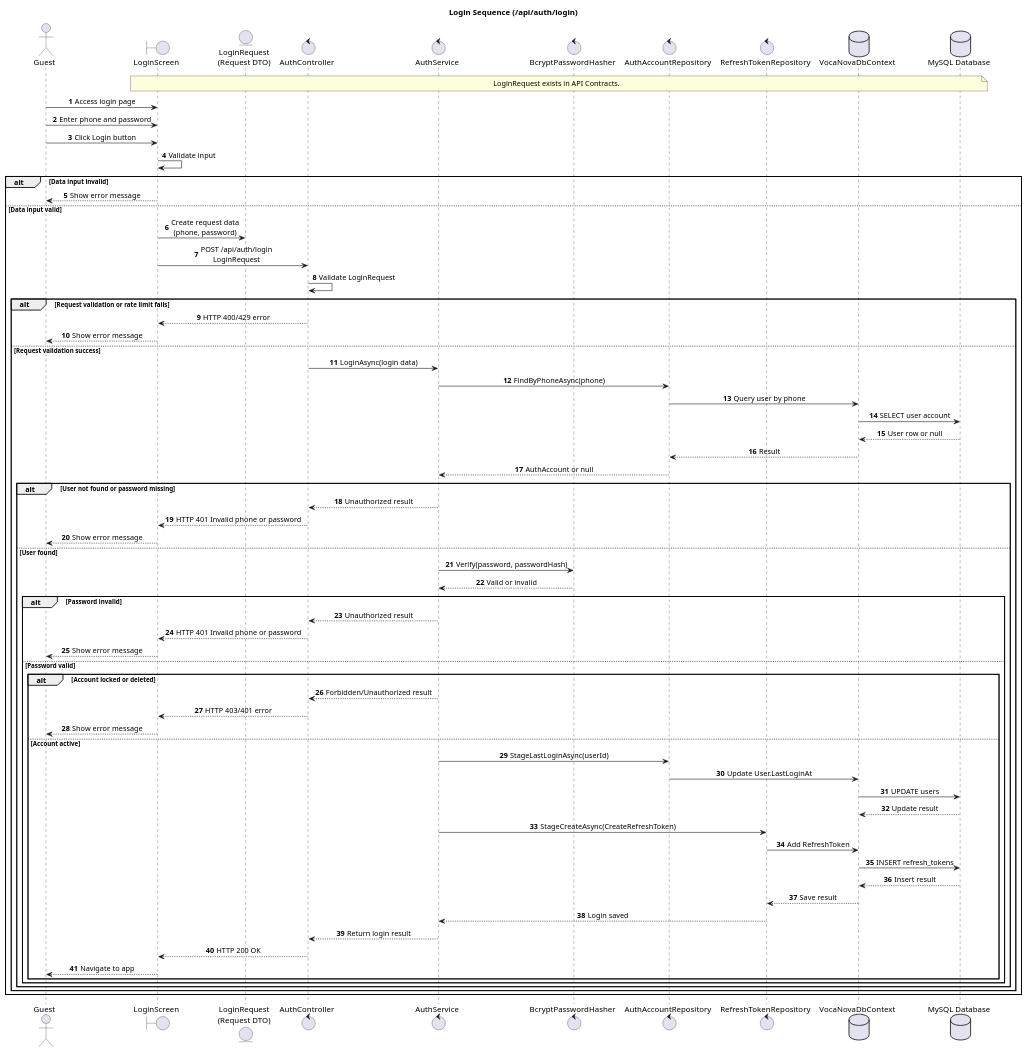
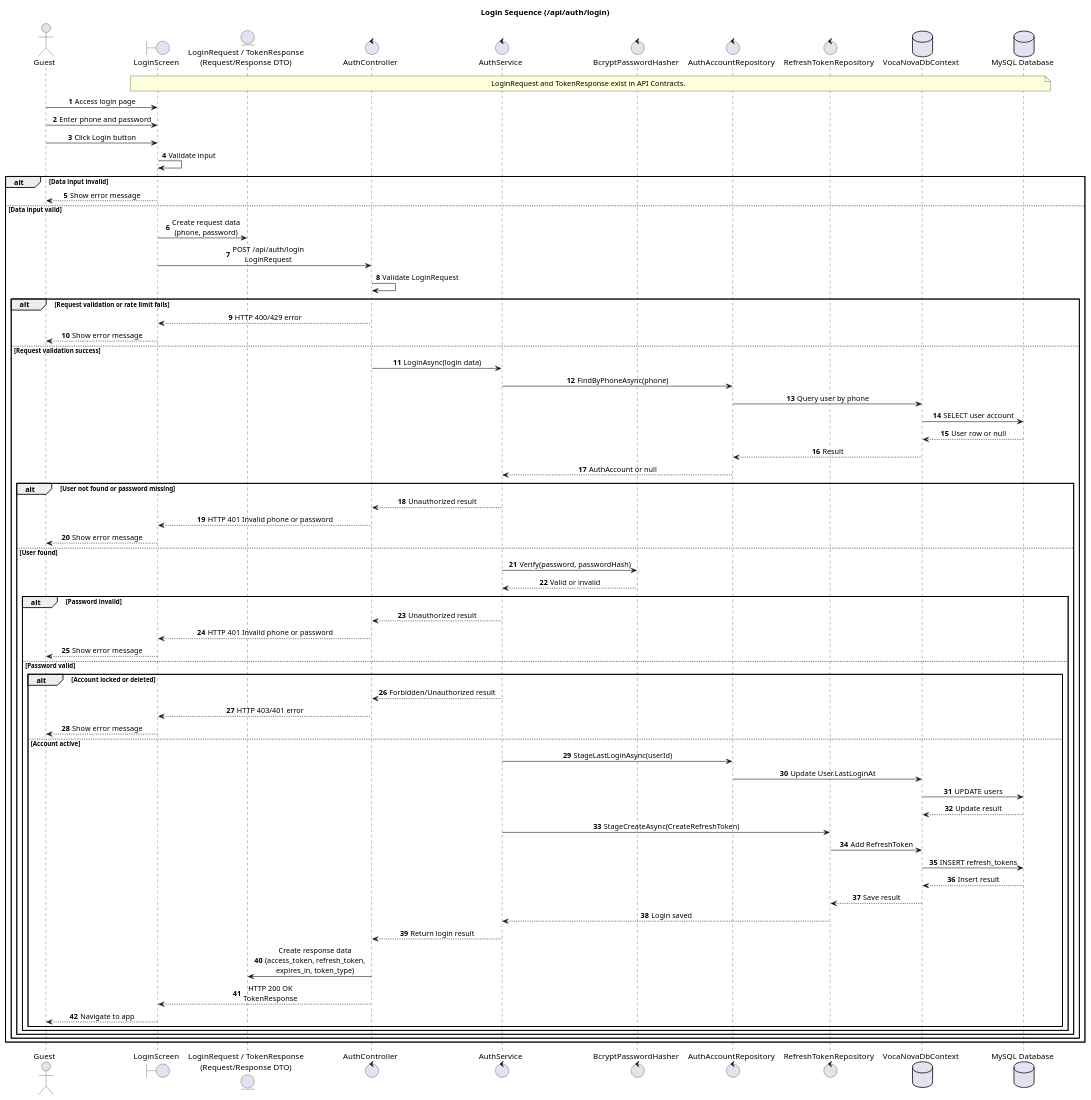
One commit to thisIsCenx04/VocaNova changed the diagram in docs/diagrams/auth-login-sequence.puml. Above: the diagram before and after it, drawn with PlantUML. The commit also changed 5 other files, not shown here.

Commit message:
fix/DTO-sequences

```diff
--- a/docs/diagrams/auth-login-sequence.puml
+++ b/docs/diagrams/auth-login-sequence.puml
@@ -1,86 +1,87 @@
 @startuml
 title Login Sequence (/api/auth/login)
 
 autonumber
 skinparam responseMessageBelowArrow true
 skinparam sequenceMessageAlign center
 
 actor Guest
 boundary "LoginScreen" as LoginScreen
-entity "LoginRequest\n(Request DTO)" as LoginRequest
+entity "LoginRequest / TokenResponse\n(Request/Response DTO)" as LoginDto
 control "AuthController" as AuthController
 control "AuthService" as AuthService
 control "BcryptPasswordHasher" as PasswordHasher
 control "AuthAccountRepository" as AuthAccountRepository
 control "RefreshTokenRepository" as RefreshTokenRepository
 database "VocaNovaDbContext" as DbContext
 database "MySQL Database" as MySQL
 
 note over LoginScreen, MySQL
-LoginRequest exists in API Contracts.
+LoginRequest and TokenResponse exist in API Contracts.
 end note
 
 Guest -> LoginScreen: Access login page
 Guest -> LoginScreen: Enter phone and password
 Guest -> LoginScreen: Click Login button
 LoginScreen -> LoginScreen: Validate input
 
 alt Data input invalid
     LoginScreen --> Guest: Show error message
 else Data input valid
-    LoginScreen -> LoginRequest: Create request data\n(phone, password)
+    LoginScreen -> LoginDto: Create request data\n(phone, password)
     LoginScreen -> AuthController: POST /api/auth/login\nLoginRequest
     AuthController -> AuthController: Validate LoginRequest
 
     alt Request validation or rate limit fails
         AuthController --> LoginScreen: HTTP 400/429 error
         LoginScreen --> Guest: Show error message
     else Request validation success
         AuthController -> AuthService: LoginAsync(login data)
         AuthService -> AuthAccountRepository: FindByPhoneAsync(phone)
         AuthAccountRepository -> DbContext: Query user by phone
         DbContext -> MySQL: SELECT user account
         MySQL --> DbContext: User row or null
         DbContext --> AuthAccountRepository: Result
         AuthAccountRepository --> AuthService: AuthAccount or null
 
         alt User not found or password missing
             AuthService --> AuthController: Unauthorized result
             AuthController --> LoginScreen: HTTP 401 Invalid phone or password
             LoginScreen --> Guest: Show error message
         else User found
             AuthService -> PasswordHasher: Verify(password, passwordHash)
             PasswordHasher --> AuthService: Valid or invalid
 
             alt Password invalid
                 AuthService --> AuthController: Unauthorized result
                 AuthController --> LoginScreen: HTTP 401 Invalid phone or password
                 LoginScreen --> Guest: Show error message
             else Password valid
                 alt Account locked or deleted
                     AuthService --> AuthController: Forbidden/Unauthorized result
                     AuthController --> LoginScreen: HTTP 403/401 error
                     LoginScreen --> Guest: Show error message
                 else Account active
                     AuthService -> AuthAccountRepository: StageLastLoginAsync(userId)
                     AuthAccountRepository -> DbContext: Update User.LastLoginAt
                     DbContext -> MySQL: UPDATE users
                     MySQL --> DbContext: Update result
 
                     AuthService -> RefreshTokenRepository: StageCreateAsync(CreateRefreshToken)
                     RefreshTokenRepository -> DbContext: Add RefreshToken
                     DbContext -> MySQL: INSERT refresh_tokens
                     MySQL --> DbContext: Insert result
                     DbContext --> RefreshTokenRepository: Save result
                     RefreshTokenRepository --> AuthService: Login saved
 
                     AuthService --> AuthController: Return login result
-                    AuthController --> LoginScreen: HTTP 200 OK
+                    AuthController -> LoginDto: Create response data\n(access_token, refresh_token,\nexpires_in, token_type)
+                    AuthController --> LoginScreen: HTTP 200 OK\nTokenResponse
                     LoginScreen --> Guest: Navigate to app
                 end
             end
         end
     end
 end
 
 @enduml
```
